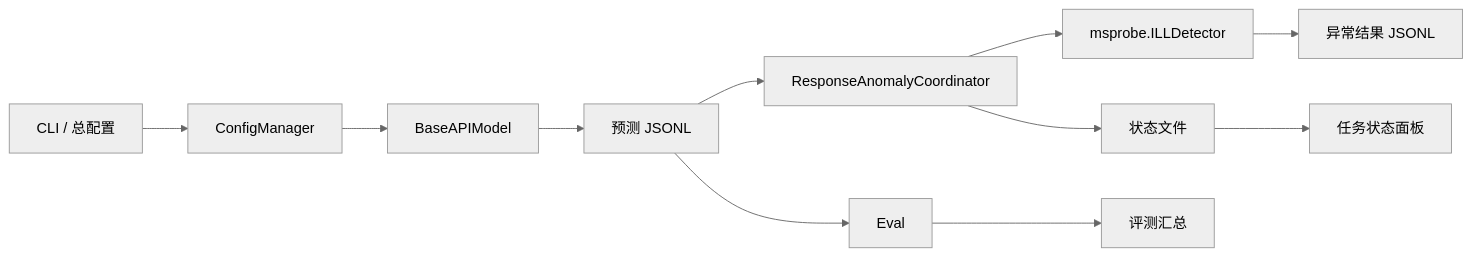
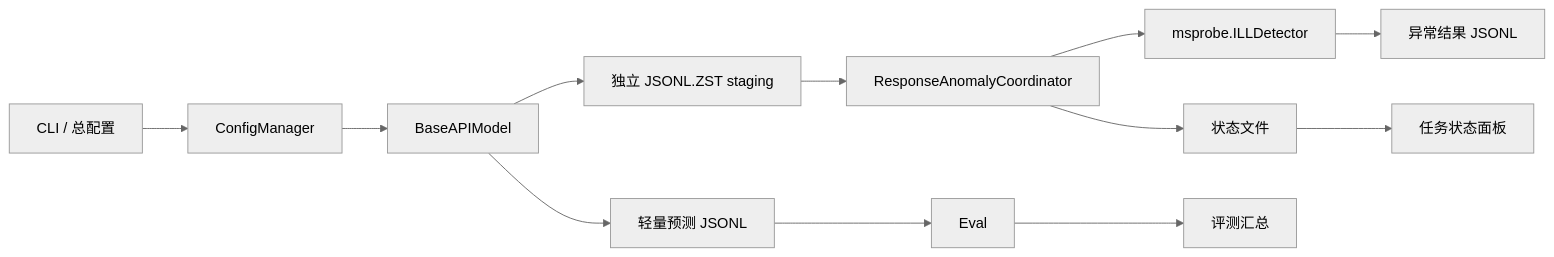
The first of 2 diagrams in docs/source_zh_cn/design/AISBench推理响应异常检测模块设计.md (Libotry/benchmark), drawn with Mermaid (neutral theme) before and after one commit. The commit also changed other lines of this file and 12 other files, not shown here.

Commit message:
perf: stream response anomaly payload detection

````diff
--- a/docs/source_zh_cn/design/AISBench推理响应异常检测模块设计.md
+++ b/docs/source_zh_cn/design/AISBench推理响应异常检测模块设计.md
@@ -92,13 +92,14 @@
 ```mermaid
 flowchart LR
     CLI[CLI / 总配置] --> CM[ConfigManager]
     CM --> API[BaseAPIModel]
-    API --> PRED[预测 JSONL]
-    PRED --> COORD[ResponseAnomalyCoordinator]
+    API --> PRED[轻量预测 JSONL]
+    API --> PAYLOAD[独立 JSONL.ZST staging]
+    PAYLOAD --> COORD[ResponseAnomalyCoordinator]
     COORD --> MSP[msprobe.ILLDetector]
     MSP --> RESULT[异常结果 JSONL]
     COORD --> STATUS[状态文件]
     STATUS --> BOARD[任务状态面板]
     PRED --> EVAL[Eval]
     EVAL --> SUMMARY[评测汇总]
 ```
````
